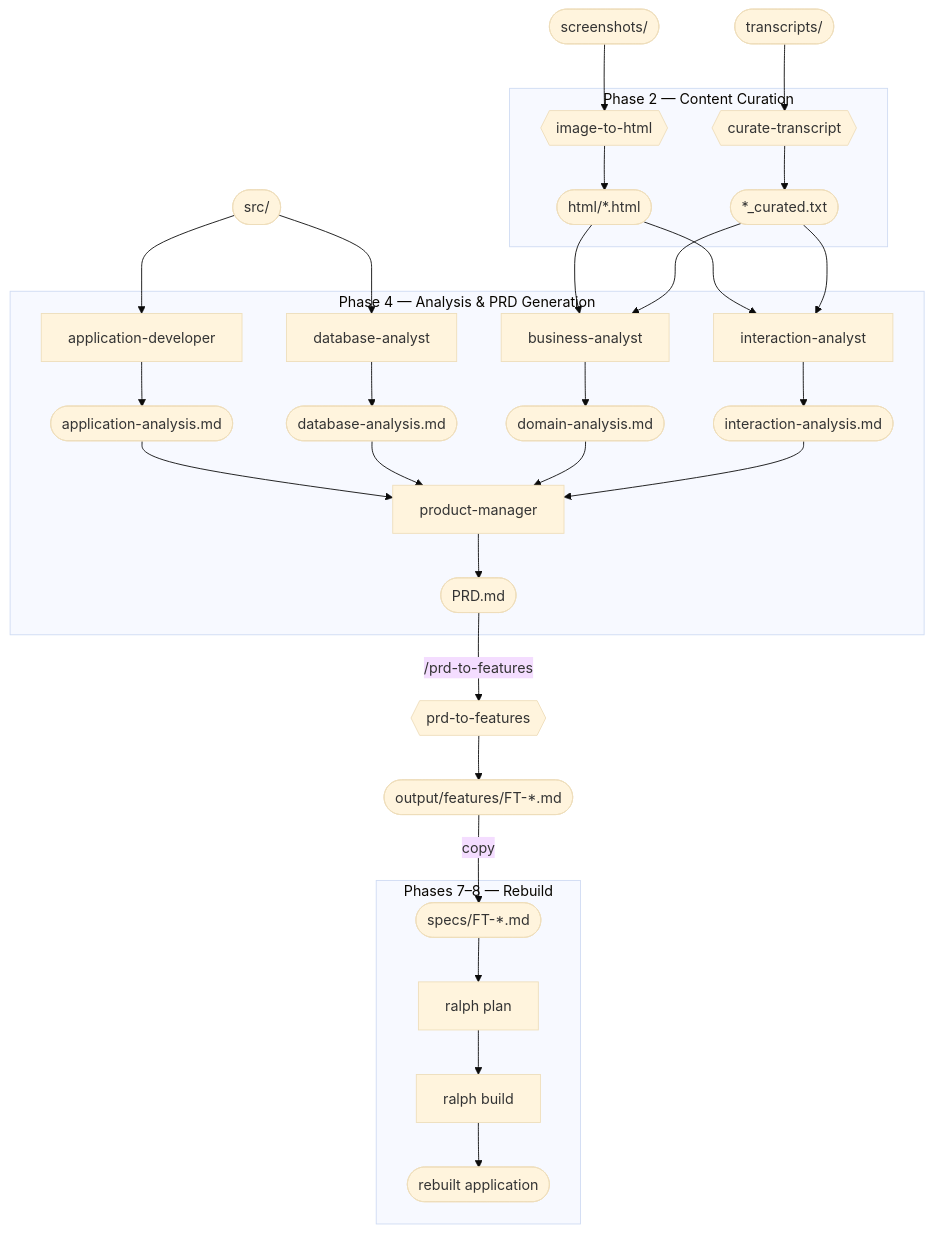
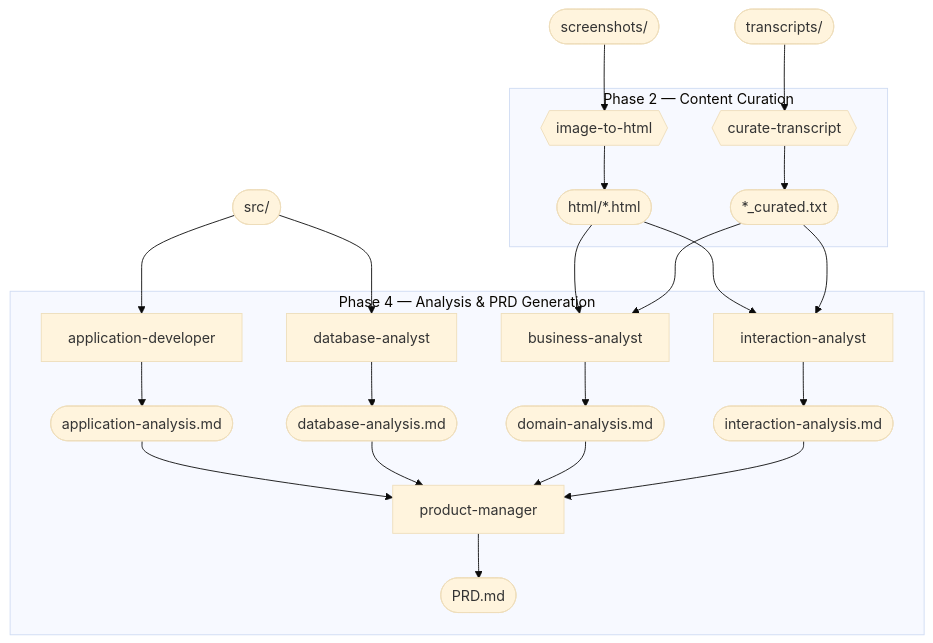
The diagram in pages/process/README.md (DEFRA/defra-ai-modernisation-playbook), drawn with Mermaid (base theme) before and after one commit. The commit also changed other lines of this file and 13 other files, not shown here.

Commit message:
fix: revert prd-to feature and ralph sections for reimplementation.

````diff
--- a/pages/process/README.md
+++ b/pages/process/README.md
@@ -10,54 +10,38 @@
 ```mermaid
 flowchart TB
     screenshots(["screenshots/"])
     transcripts(["transcripts/"])
     src(["src/"])
 
     subgraph curation ["Phase 2 — Content Curation"]
         i2h{{image-to-html}}
         ct{{curate-transcript}}
         html(["html/*.html"])
         curated(["*_curated.txt"])
 
         i2h --> html
         ct --> curated
     end
 
     screenshots --> i2h
     transcripts --> ct
 
     subgraph analysis ["Phase 4 — Analysis & PRD Generation"]
         appdev[application-developer]
         dbanalyst[database-analyst]
         ba[business-analyst]
         ia[interaction-analyst]
         PM[product-manager]
 
         appdev --> application(["application-analysis.md"])
         dbanalyst --> database(["database-analysis.md"])
         ba --> domain(["domain-analysis.md"])
         ia --> interaction(["interaction-analysis.md"])
 
         application & database & domain & interaction --> PM
         PM --> PRD(["PRD.md"])
     end
 
-    PRD -->|"/prd-to-features"| p2f{{prd-to-features}}
-    p2f --> features(["output/features/FT-*.md"])
-
-    subgraph rebuild ["Phases 7–8 — Rebuild"]
-        specs(["specs/FT-*.md"])
-        plan["ralph plan"]
-        build["ralph build"]
-        app(["rebuilt application"])
-
-        specs --> plan
-        plan --> build
-        build --> app
-    end
-
-    features -->|copy| specs
-
     src --> appdev & dbanalyst
     html & curated --> ba & ia
 ```
````
